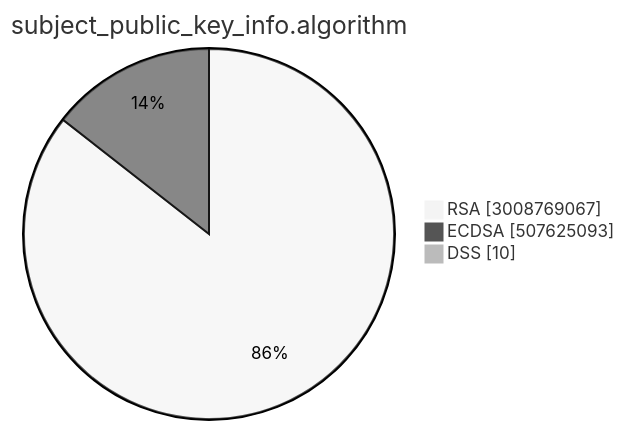
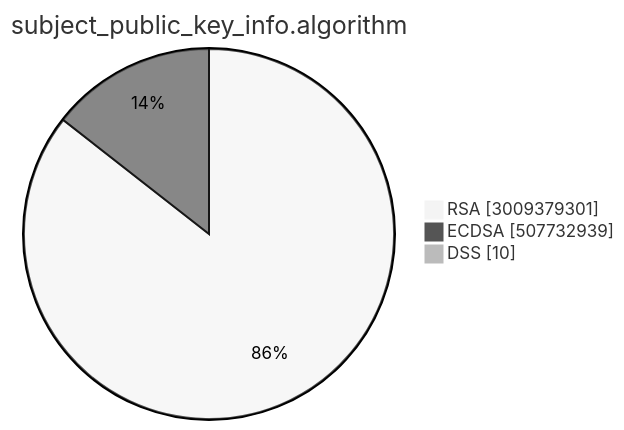
Before and after one commit to christiankrug/ctmonitor_visualization: the second of 15 diagrams in TOTAL/README.md, drawn with Mermaid (neutral theme). The commit also changed other lines of this file, not shown here.

````diff
--- a/TOTAL/README.md
+++ b/TOTAL/README.md
@@ -6,7 +6,7 @@
 ```mermaid
 pie showData
 title subject_public_key_info.algorithm
-"RSA" :3008769067
-"ECDSA" :507625093
+"RSA" :3009379301
+"ECDSA" :507732939
 "DSS" :10
 ```
````
